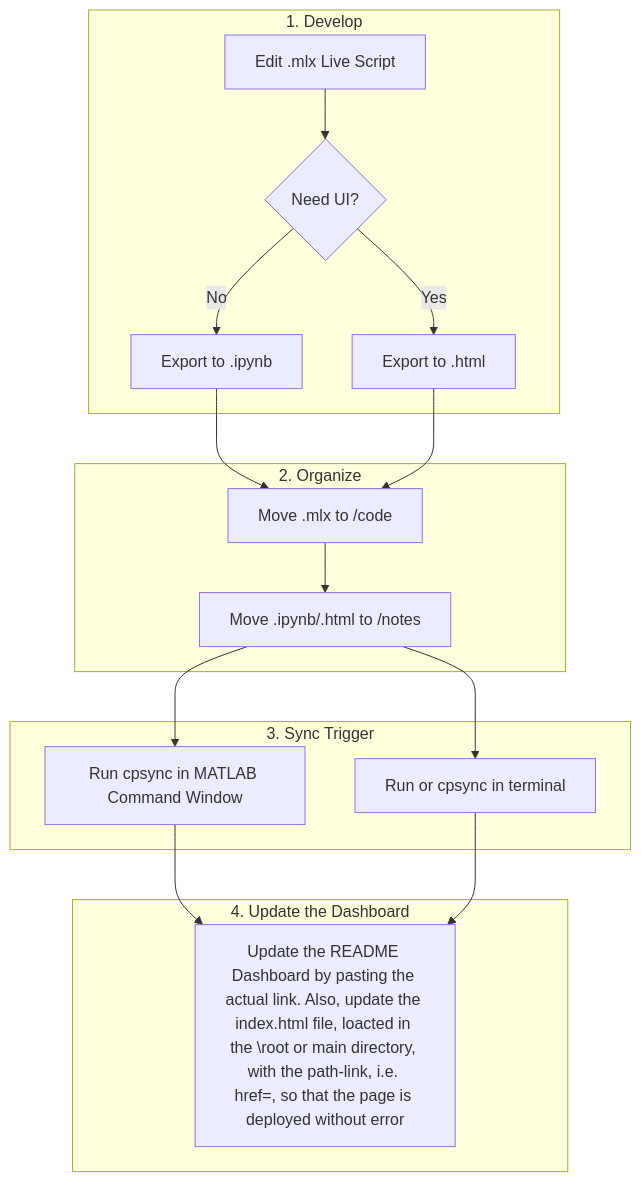
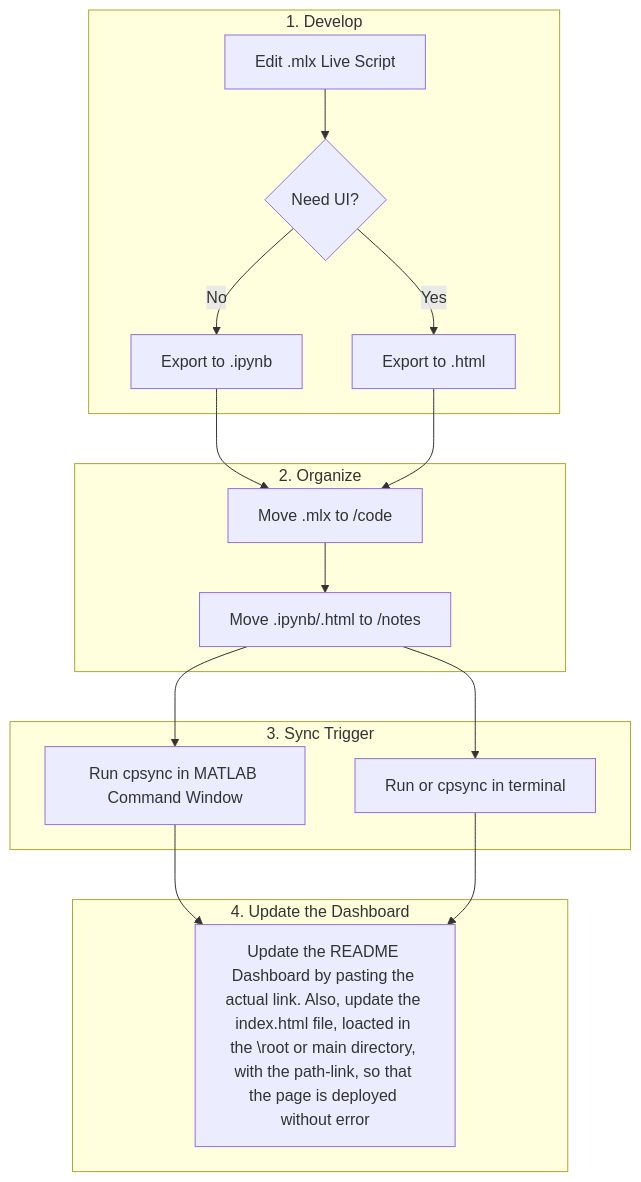
Before and after one commit to DasAditya936/Computational-Physics: the diagram in README.md, drawn with Mermaid.

````diff
--- a/README.md
+++ b/README.md
@@ -28,31 +28,31 @@
 ```mermaid
 graph TD
     %% Vertical Main Spine
     subgraph S1 [1. Develop]
         A[Edit .mlx Live Script] --> B{Need UI?}
         B -- No --> C[Export to .ipynb]
         B -- Yes --> D[Export to .html]
     end
 
     subgraph S2 [2. Organize]
         C & D --> E[Move .mlx to /code]
         E --> F[Move .ipynb/.html to /notes]
     end
 
     subgraph S3 [3. Sync Trigger]
         G[Run cpsync in MATLAB Command Window]
         H[Run or cpsync in terminal] 
     end
     direction LR
     subgraph S4 [4. Update the Dashboard]
-        I[Update the README Dashboard by pasting the actual link. Also, update the index.html file, loacted in the \root or main directory, with the path-link, i.e. href=<whatever path-link we have>, so that the page is deployed without error]
+        I[Update the README Dashboard by pasting the actual link. Also, update the index.html file, loacted in the \root or main directory, with the path-link, so that the page is deployed without error]
     end
 
     %% The Horizontal Logic (Subgraph 5)
     
     %% Horizontal Curved Connections (G to the Wing)
     G --> I
     H --> I
     F --> G
     F --> H
 ```
````
